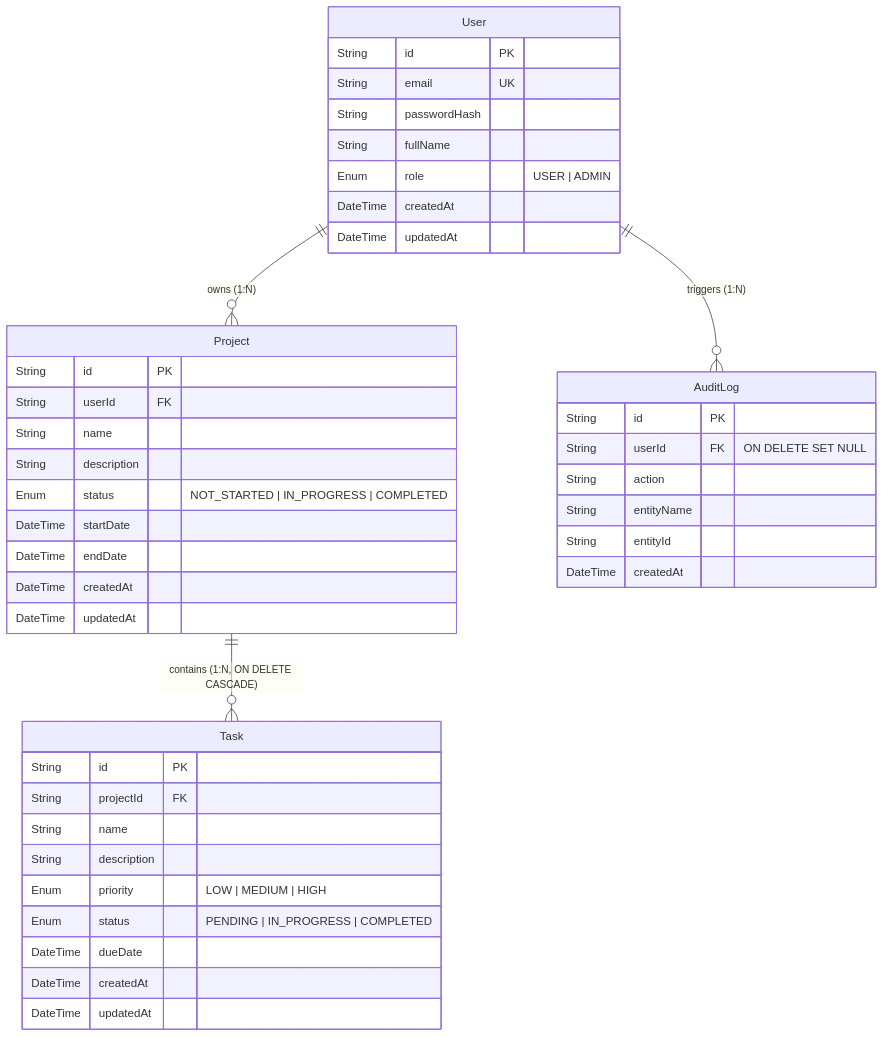
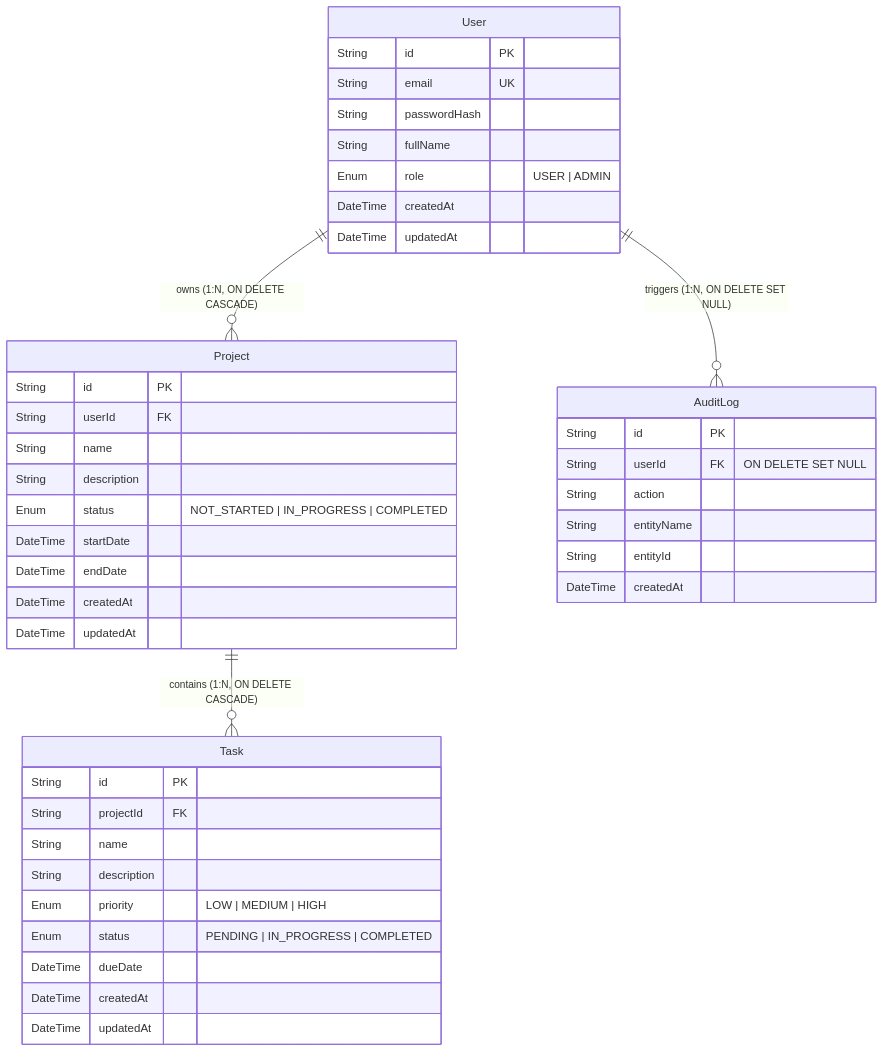
Before and after one commit to rahulrathnavel/project_management_system: the diagram in docs/ER_DIAGRAM.md, drawn with Mermaid. The commit also changed 6 other files, not shown here.

````diff
--- a/docs/ER_DIAGRAM.md
+++ b/docs/ER_DIAGRAM.md
@@ -5,49 +5,49 @@
 ```mermaid
 erDiagram
-    User ||--o{ Project : "owns (1:N)"
-    User ||--o{ AuditLog : "triggers (1:N)"
+    User ||--o{ Project : "owns (1:N, ON DELETE CASCADE)"
+    User ||--o{ AuditLog : "triggers (1:N, ON DELETE SET NULL)"
     Project ||--o{ Task : "contains (1:N, ON DELETE CASCADE)"
 
     User {
         String id PK
         String email UK
         String passwordHash
         String fullName
         Enum role "USER | ADMIN"
         DateTime createdAt
         DateTime updatedAt
     }
 
     Project {
         String id PK
         String userId FK
         String name
         String description
         Enum status "NOT_STARTED | IN_PROGRESS | COMPLETED"
         DateTime startDate
         DateTime endDate
         DateTime createdAt
         DateTime updatedAt
     }
 
     Task {
         String id PK
         String projectId FK
         String name
         String description
         Enum priority "LOW | MEDIUM | HIGH"
         Enum status "PENDING | IN_PROGRESS | COMPLETED"
         DateTime dueDate
         DateTime createdAt
         DateTime updatedAt
     }
 
     AuditLog {
         String id PK
         String userId FK "ON DELETE SET NULL"
         String action
         String entityName
         String entityId
         DateTime createdAt
     }
 ```
````
